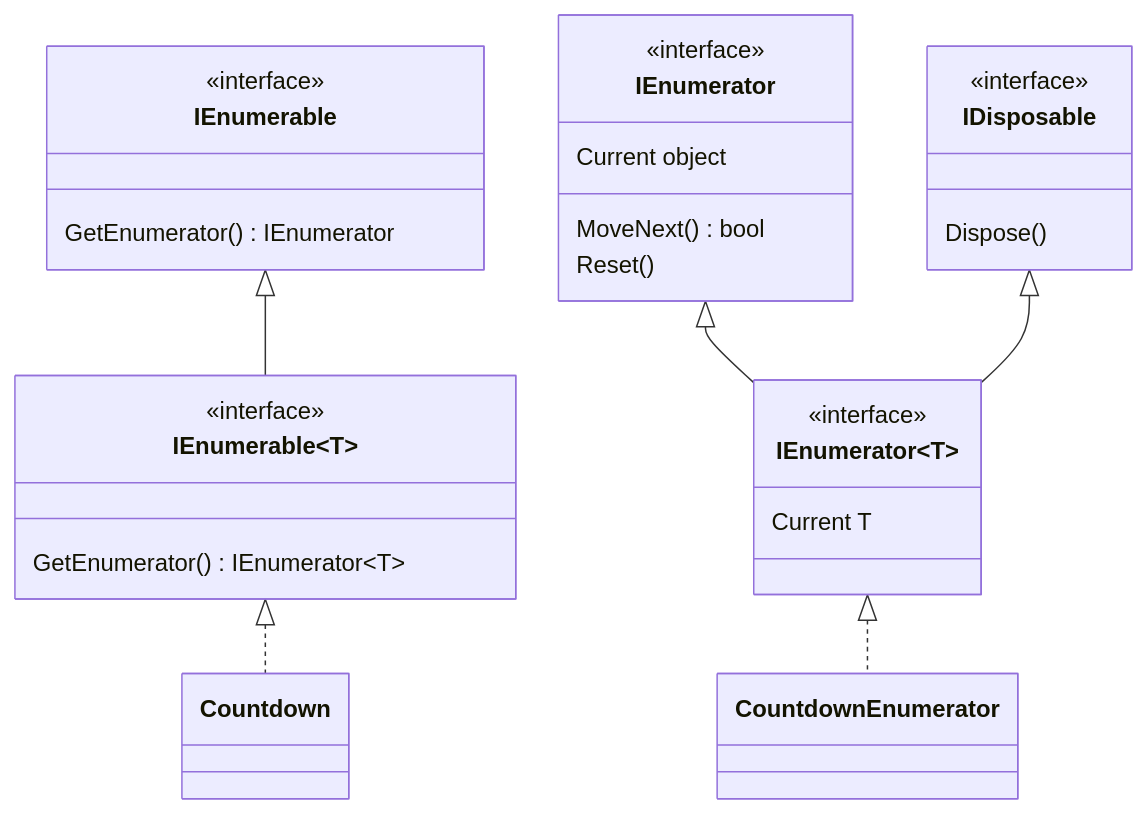
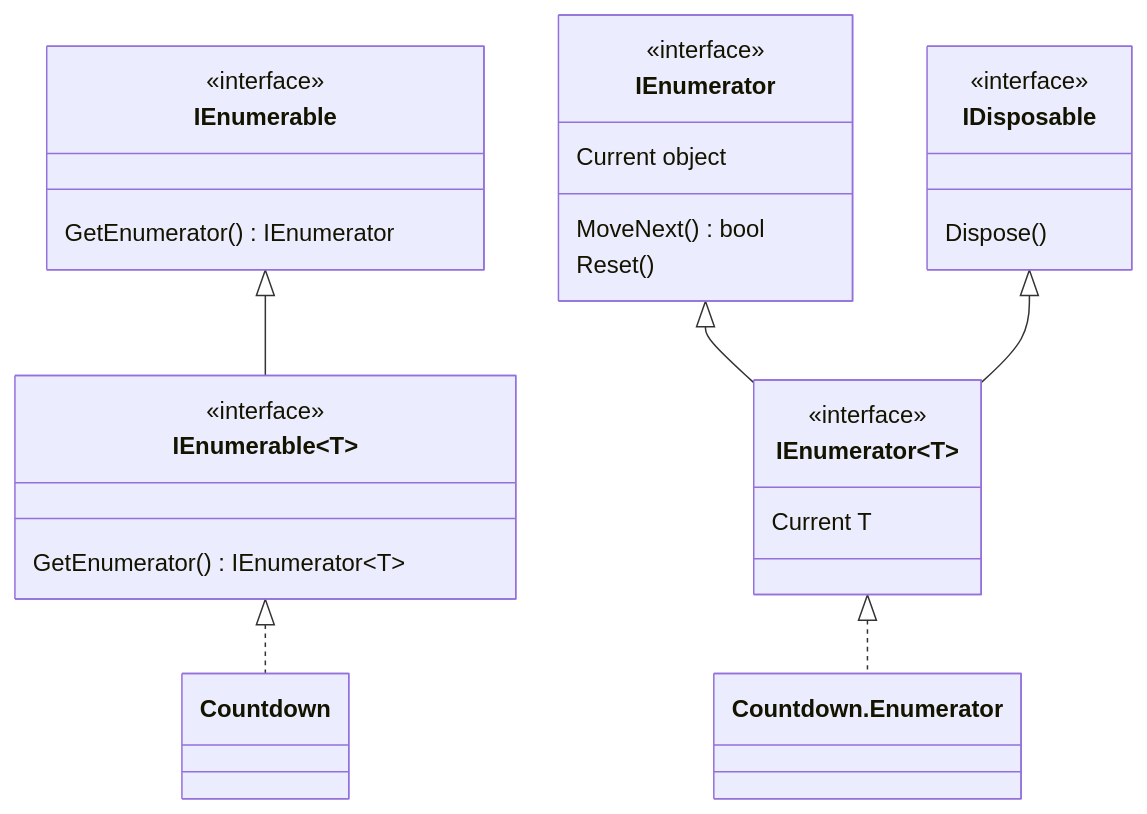
One commit to LeonAkasaka/unity-csharp-learning changed the second of 2 diagrams in docs/csharp/ienumerable/index.md. Above: the diagram before and after it, drawn with Mermaid. The commit also changed other lines of this file and 4 other files, not shown here.

Commit message:
docs: 「入れ子の型」を #29 に追加し、#29 以降の番号を振り直す。IEnumerable<T> のページの取り出し役を Countdown の private な入れ子のクラス Enumerator に書き換え、4 節と理解度チェックのコード例をクラスを含む全体のコードにする。partial の次のステップとイテレーターのページの参照を更新する。

````diff
--- a/docs/csharp/ienumerable/index.md
+++ b/docs/csharp/ienumerable/index.md
@@ -207,30 +208,31 @@
 ```mermaid
 classDiagram
     class IEnumerable {
         <<interface>>
         GetEnumerator() IEnumerator
     }
     class IEnumerableT["IEnumerable#lt;T#gt;"] {
         <<interface>>
         GetEnumerator() IEnumerator~T~
     }
     class IEnumerator {
         <<interface>>
         Current object
         MoveNext() bool
         Reset()
     }
     class IEnumeratorT["IEnumerator#lt;T#gt;"] {
         <<interface>>
         Current T
     }
     class IDisposable {
         <<interface>>
         Dispose()
     }
     IEnumerable <|-- IEnumerableT
     IEnumerator <|-- IEnumeratorT
     IDisposable <|-- IEnumeratorT
+    class CountdownEnumerator["Countdown.Enumerator"]
     IEnumerableT <|.. Countdown
     IEnumeratorT <|.. CountdownEnumerator
 ```
````
